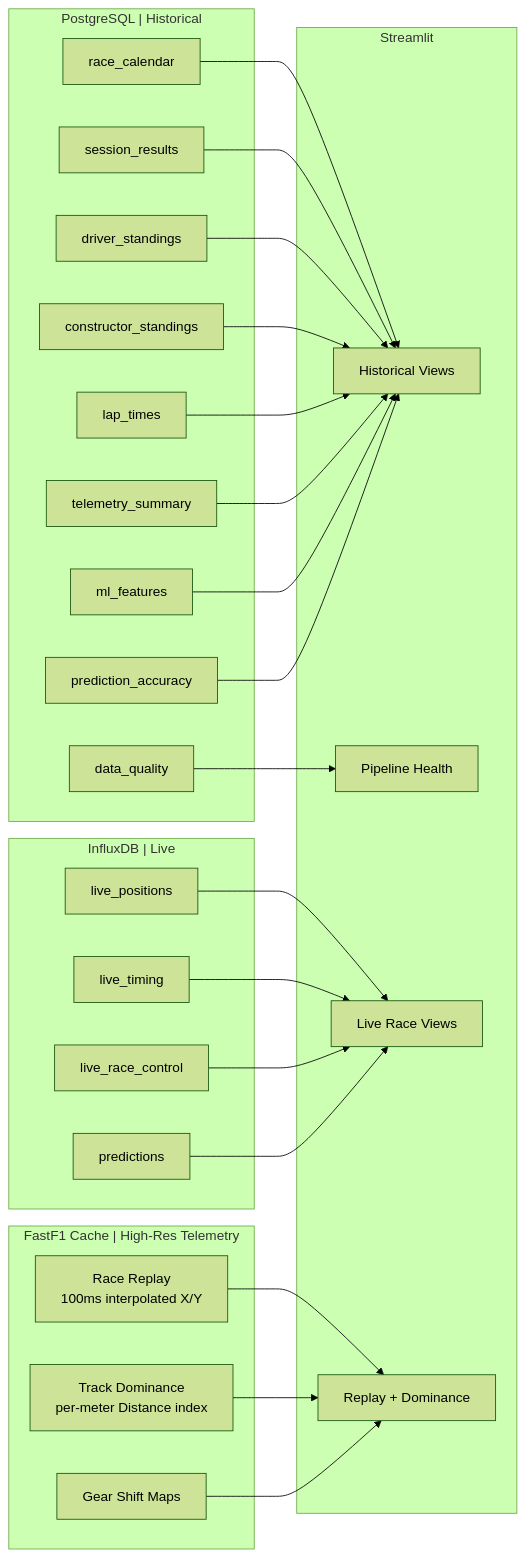
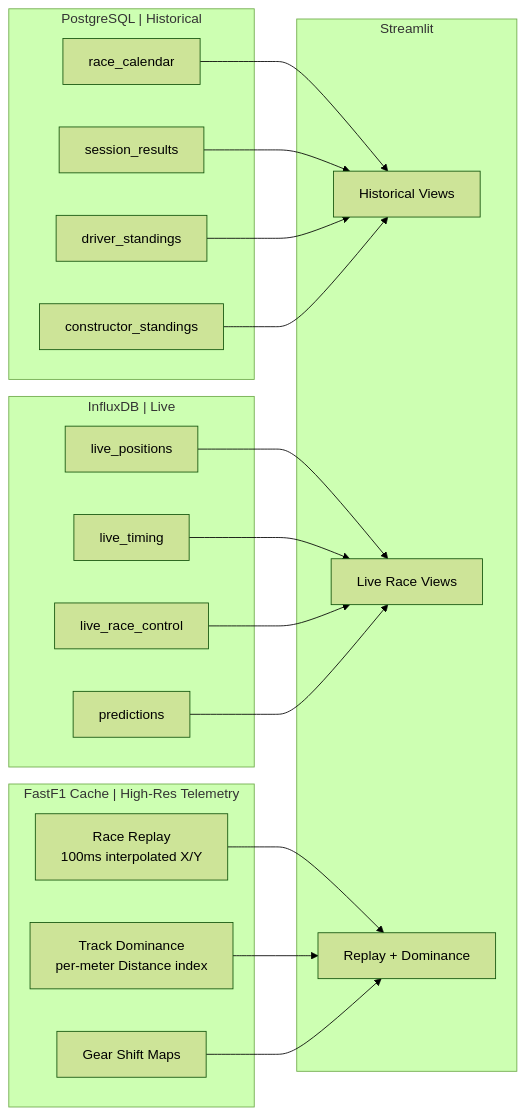
The fourth of 11 diagrams in revised_plan.md (nmk-k66-uet/F1-Chubby-Data), drawn with Mermaid (forest theme) before and after one commit. The commit also changed other lines of this file and 2 other files, not shown here.

````diff
--- a/revised_plan.md
+++ b/revised_plan.md
@@ -121,39 +122,32 @@
 ```mermaid
 flowchart LR
     subgraph PG ["PostgreSQL | Historical"]
         RC[race_calendar]
         SR[session_results]
         DS[driver_standings]
         CS[constructor_standings]
-        LT[lap_times]
-        TS[telemetry_summary]
-        MF[ml_features]
-        PA[prediction_accuracy]
-        DQ[data_quality]
     end
 
     subgraph IDB ["InfluxDB | Live"]
         LP[live_positions]
         LTM[live_timing]
         LRC[live_race_control]
         PRED[predictions]
     end
 
     subgraph FF1 ["FastF1 Cache | High-Res Telemetry"]
         REPLAY[Race Replay<br/>100ms interpolated X/Y]
         DOM[Track Dominance<br/>per-meter Distance index]
         GEAR[Gear Shift Maps]
     end
 
     subgraph ST ["Streamlit"]
         HIST[Historical Views]
         LIVE[Live Race Views]
         HIRES[Replay + Dominance]
-        HEALTH[Pipeline Health]
     end
 
-    RC & SR & DS & CS & LT & TS & MF & PA --> HIST
+    RC & SR & DS & CS --> HIST
     LP & LTM & LRC & PRED --> LIVE
     REPLAY & DOM & GEAR --> HIRES
-    DQ --> HEALTH
 ```
````
